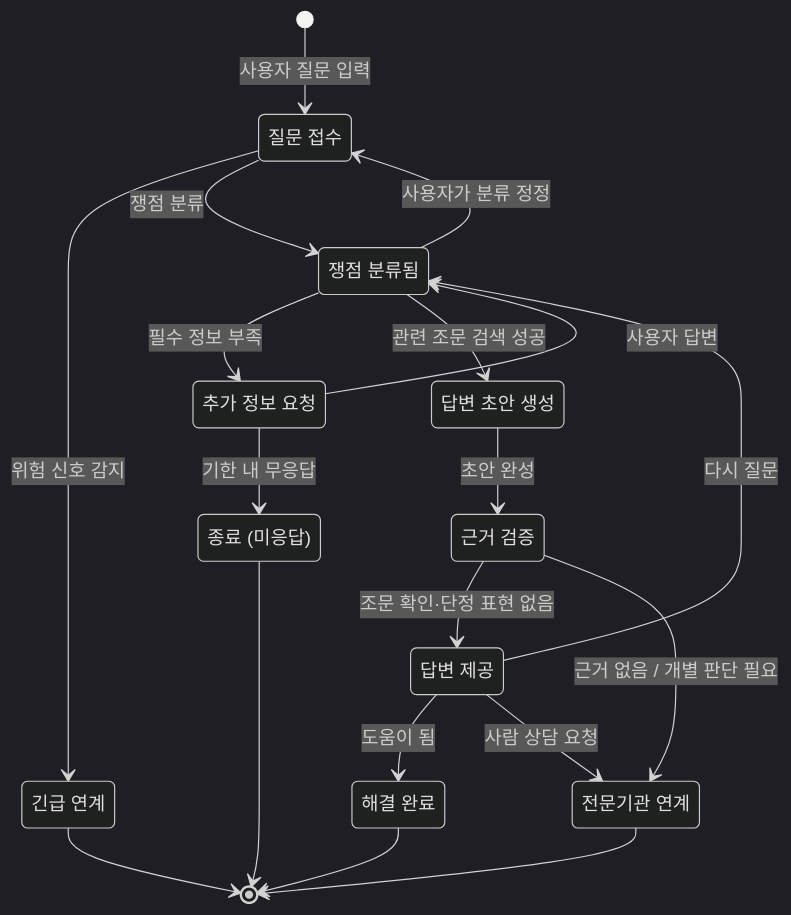
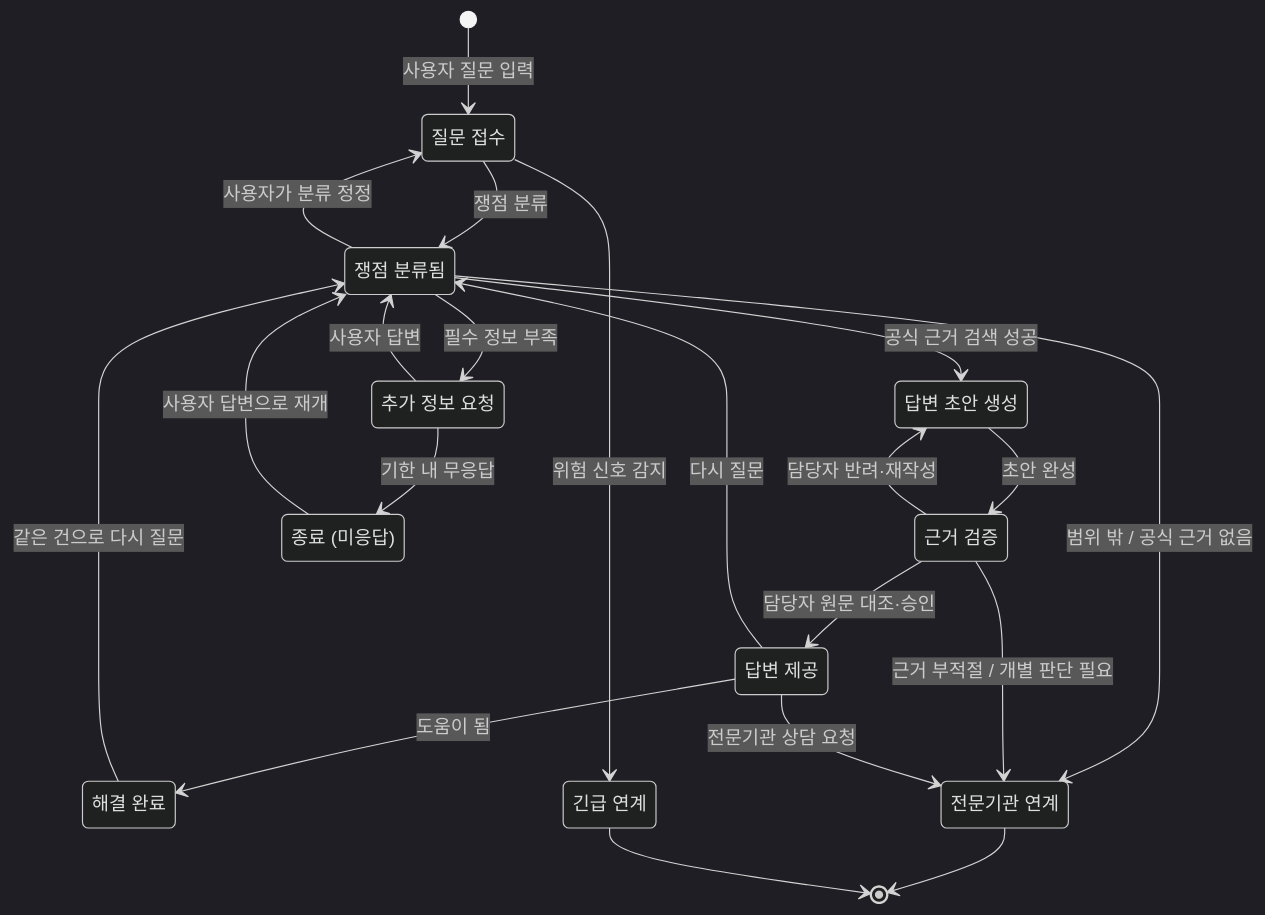
The first of 2 diagrams in docs/domain/03-rules-states-llm.md (rulrularla123/multicultural-families), drawn with Mermaid (dark theme) before and after one commit. The commit also changed other lines of this file and 9 other files, not shown here.

````diff
--- a/docs/domain/03-rules-states-llm.md
+++ b/docs/domain/03-rules-states-llm.md
@@ -56,32 +65,34 @@
 ```mermaid
 stateDiagram-v2
     state "질문 접수" as received
     state "쟁점 분류됨" as classified
     state "추가 정보 요청" as needinfo
     state "답변 초안 생성" as drafted
     state "근거 검증" as verifying
     state "답변 제공" as answered
     state "해결 완료" as resolved
     state "전문기관 연계" as referred
     state "긴급 연계" as emergency
     state "종료 (미응답)" as abandoned
 
     [*] --> received : 사용자 질문 입력
     received --> emergency : 위험 신호 감지
     received --> classified : 쟁점 분류
     classified --> received : 사용자가 분류 정정
     classified --> needinfo : 필수 정보 부족
     needinfo --> classified : 사용자 답변
     needinfo --> abandoned : 기한 내 무응답
-    classified --> drafted : 관련 조문 검색 성공
+    classified --> drafted : 공식 근거 검색 성공
+    classified --> referred : 범위 밖 / 공식 근거 없음
     drafted --> verifying : 초안 완성
-    verifying --> answered : 조문 확인·단정 표현 없음
-    verifying --> referred : 근거 없음 / 개별 판단 필요
+    verifying --> answered : 담당자 원문 대조·승인
+    verifying --> drafted : 담당자 반려·재작성
+    verifying --> referred : 근거 부적절 / 개별 판단 필요
     answered --> resolved : 도움이 됨
     answered --> classified : 다시 질문
-    answered --> referred : 사람 상담 요청
-    resolved --> [*]
+    answered --> referred : 전문기관 상담 요청
+    resolved --> classified : 같은 건으로 다시 질문
     referred --> [*]
     emergency --> [*]
-    abandoned --> [*]
+    abandoned --> classified : 사용자 답변으로 재개
 ```
````
